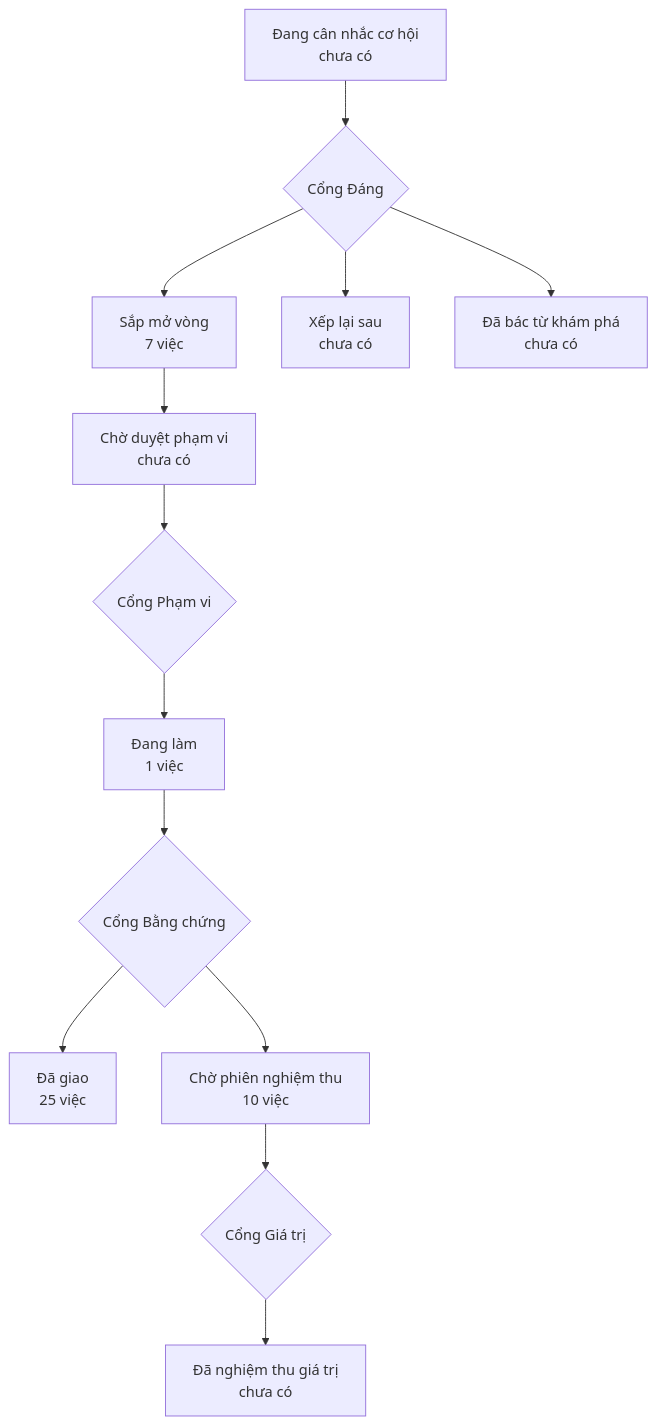
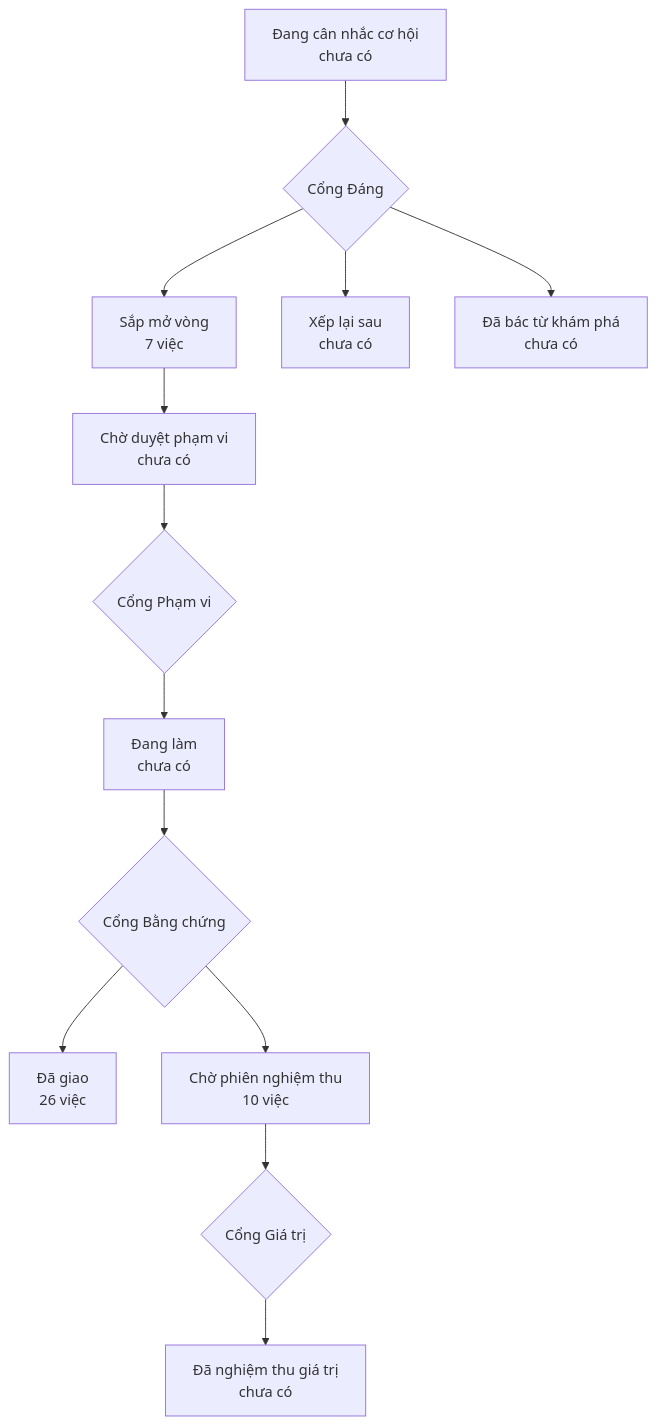
One commit to phanlemanh/onehub-invest changed the diagram in PRODUCT-MAP.md. Above: the diagram before and after it, drawn with Mermaid. The commit also changed other lines of this file and 4 other files, not shown here.

````diff
--- a/PRODUCT-MAP.md
+++ b/PRODUCT-MAP.md
@@ -7,12 +7,12 @@
 ```mermaid
 flowchart TD
   A["Đang cân nhắc cơ hội<br/>chưa có"] --> GD{"Cổng Đáng"}
   GD --> B["Sắp mở vòng<br/>7 việc"]
   GD --> XL["Xếp lại sau<br/>chưa có"]
   GD --> DB["Đã bác từ khám phá<br/>chưa có"]
   B --> CD["Chờ duyệt phạm vi<br/>chưa có"] --> GP{"Cổng Phạm vi"}
-  GP --> DL["Đang làm<br/>1 việc"] --> GB{"Cổng Bằng chứng"}
-  GB --> DG["Đã giao<br/>25 việc"]
+  GP --> DL["Đang làm<br/>chưa có"] --> GB{"Cổng Bằng chứng"}
+  GB --> DG["Đã giao<br/>26 việc"]
   GB --> CN["Chờ phiên nghiệm thu<br/>10 việc"] --> GG{"Cổng Giá trị"}
   GG --> NT["Đã nghiệm thu giá trị<br/>chưa có"]
 ```
````
